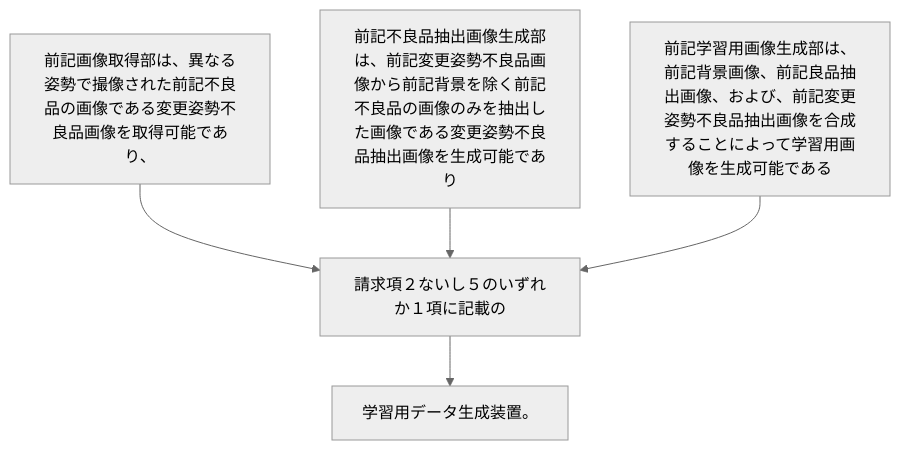
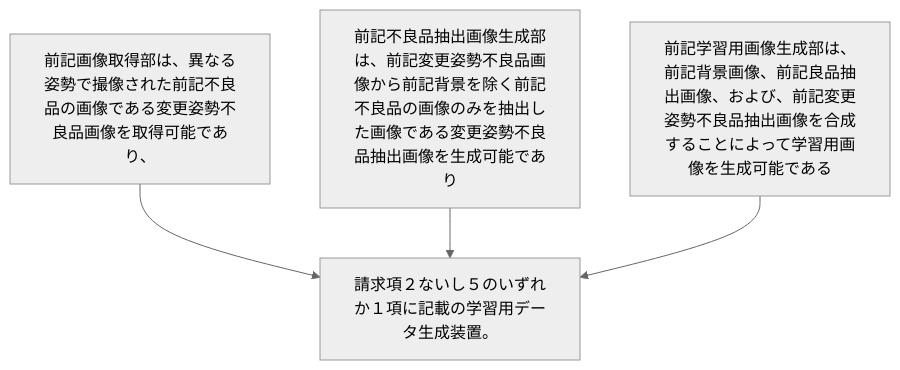
One commit to shinmori55/patent_analyzed changed the diagram in 2024/JP2024000284A/claim_9/claim_9_graph.md. Above: the diagram before and after it, drawn with Mermaid (neutral theme). The commit also changed 15 other files, not shown here.

````diff
--- a/2024/JP2024000284A/claim_9/claim_9_graph.md
+++ b/2024/JP2024000284A/claim_9/claim_9_graph.md
@@ -1,12 +1,10 @@
 ```mermaid
 flowchart TD
 A[前記画像取得部は、異なる姿勢で撮像された前記不良品の画像である変更姿勢不良品画像を取得可能であり、]
 B[前記不良品抽出画像生成部は、前記変更姿勢不良品画像から前記背景を除く前記不良品の画像のみを抽出した画像である変更姿勢不良品抽出画像を生成可能であり]
 C[前記学習用画像生成部は、前記背景画像、前記良品抽出画像、および、前記変更姿勢不良品抽出画像を合成することによって学習用画像を生成可能である]
-D[請求項２ないし５のいずれか１項に記載の]
-E[学習用データ生成装置。]
+D[請求項２ないし５のいずれか１項に記載の学習用データ生成装置。]
 A --> D
 B --> D
 C --> D
-D --> E
 ```
````
